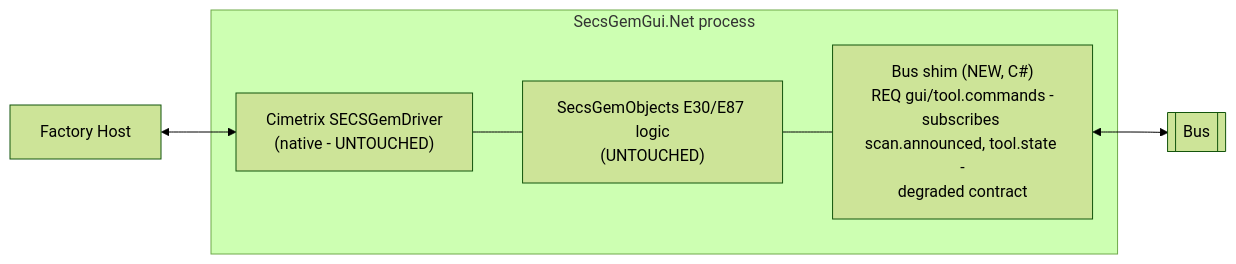
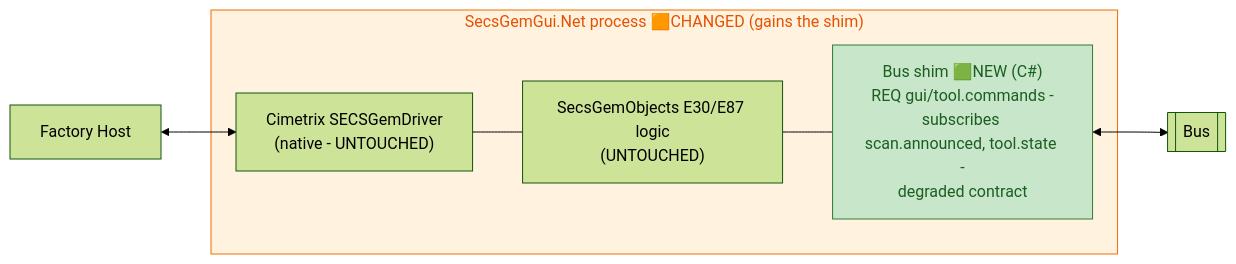
One commit to amitA-camtek/bus_gateway changed diagram 12 of 15 in stage/01-system-architecture.md. Above: the diagram before and after it, drawn with Mermaid (forest theme). The commit also changed other lines of this file and 11 other files, not shown here.

````diff
--- a/stage/01-system-architecture.md
+++ b/stage/01-system-architecture.md
@@ -313,11 +362,15 @@
 ```mermaid
 flowchart LR
     HOSTS["Factory Host"]
-    subgraph SG["SecsGemGui.Net process"]
+    subgraph SG["SecsGemGui.Net process 🟧CHANGED (gains the shim)"]
         DRV["Cimetrix SECSGemDriver\n(native - UNTOUCHED)"]
         OBJ["SecsGemObjects E30/E87 logic\n(UNTOUCHED)"]
-        SHIM["Bus shim (NEW, C#)\nREQ gui/tool.commands -\nsubscribes scan.announced, tool.state -\ndegraded contract"]
+        SHIM["Bus shim 🟩NEW (C#)\nREQ gui/tool.commands -\nsubscribes scan.announced, tool.state -\ndegraded contract"]
     end
     BUSS[["Bus"]]
     HOSTS <--> DRV --- OBJ --- SHIM <--> BUSS
+
+    classDef new fill:#C8E6C9,stroke:#2E7D32,color:#1B5E20;
+    class SHIM new;
+    style SG fill:#FFF3E0,stroke:#EF6C00,color:#E65100;
 ```
````
